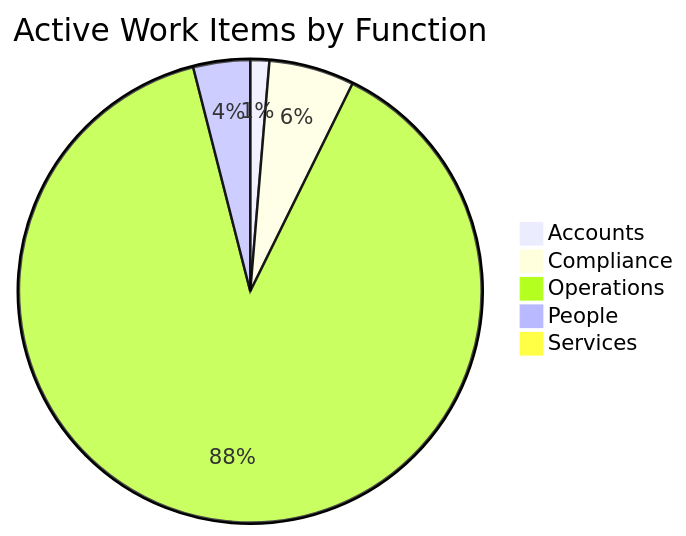
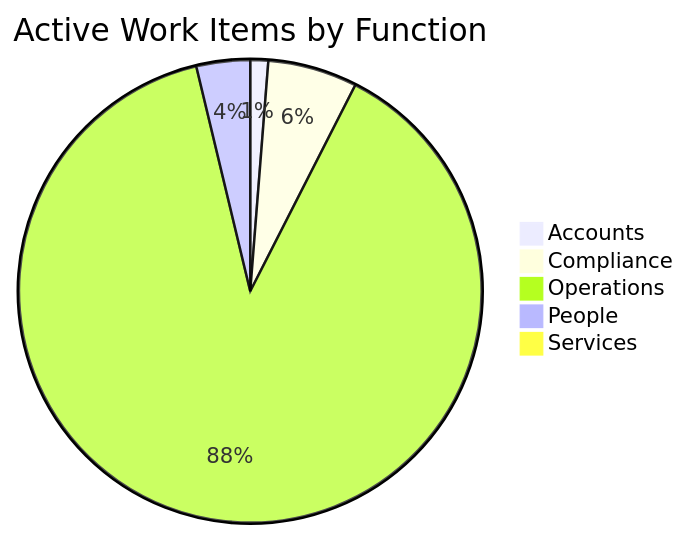
The first of 3 diagrams in dashboard.md (mgosal/5et.uk), drawn with Mermaid before and after one commit. The commit also changed other lines of this file and 3 other files, not shown here.

````diff
--- a/dashboard.md
+++ b/dashboard.md
@@ -297,8 +320,8 @@
 ```mermaid
 pie title Active Work Items by Function
     "Accounts" : 2
-    "Compliance" : 9
-    "Operations" : 134
+    "Compliance" : 10
+    "Operations" : 142
     "People" : 6
     "Services" : 1
 ```
````
